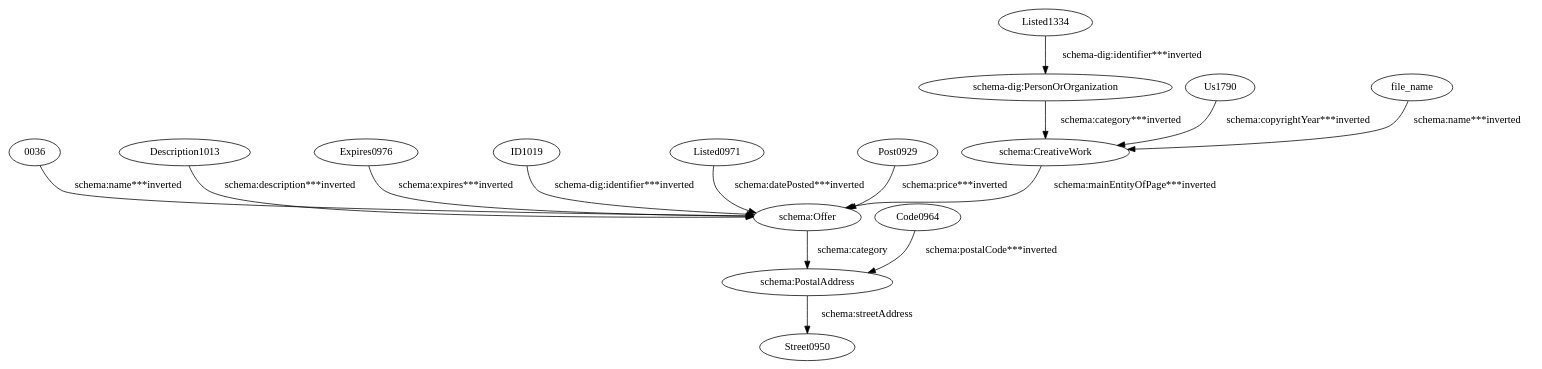
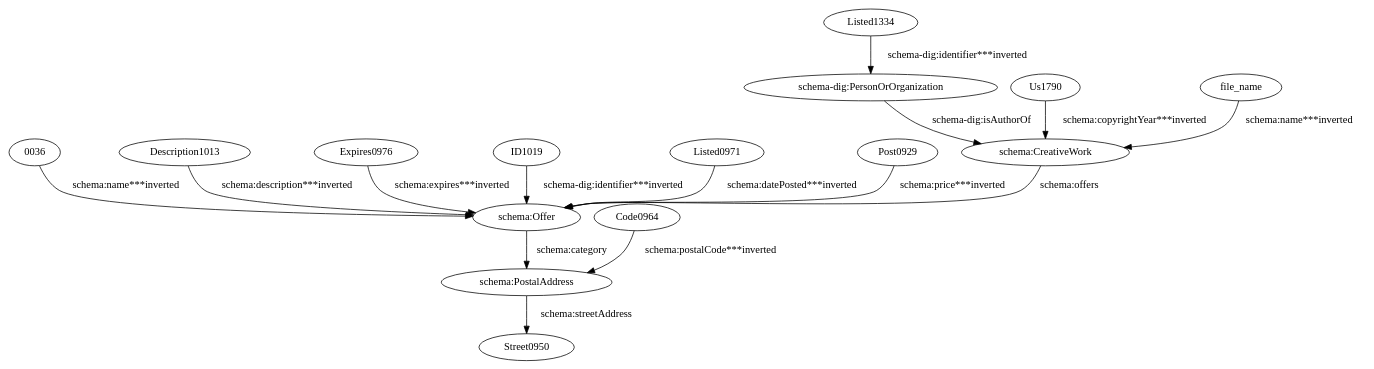
Before and after one commit to giuseppefutia/semi: the diagram in evaluation/taheriyan2016/task_04/semantic_models_steiner/dot/msguntrader.dot, drawn with Graphviz. The commit also changed 119 other files, not shown here.

```diff
--- a/evaluation/taheriyan2016/task_04/semantic_models_steiner/dot/msguntrader.dot
+++ b/evaluation/taheriyan2016/task_04/semantic_models_steiner/dot/msguntrader.dot
@@ -1,31 +1,31 @@
 digraph {
   "0036" [type=attribute_name,label="0036"]
   "schema:Offer1" [type=class_uri,label="schema:Offer"]
   Code0964 [type=attribute_name,label=Code0964]
   "schema:PostalAddress1" [type=class_uri,label="schema:PostalAddress"]
   Description1013 [type=attribute_name,label=Description1013]
   Expires0976 [type=attribute_name,label=Expires0976]
   ID1019 [type=attribute_name,label=ID1019]
   Listed0971 [type=attribute_name,label=Listed0971]
   Listed1334 [type=attribute_name,label=Listed1334]
   "schema-dig:PersonOrOrganization1" [type=class_uri,label="schema-dig:PersonOrOrganization"]
   Post0929 [type=attribute_name,label=Post0929]
   Us1790 [type=attribute_name,label=Us1790]
   "schema:CreativeWork1" [type=class_uri,label="schema:CreativeWork"]
   file_name [type=attribute_name,label=file_name]
   Street0950 [type=attribute_name,label=Street0950]
   "0036" -> "schema:Offer1" [type=st_property_uri,label="schema:name***inverted",weight=1]
   Code0964 -> "schema:PostalAddress1" [type=st_property_uri,label="schema:postalCode***inverted",weight=1]
   Description1013 -> "schema:Offer1" [type=st_property_uri,label="schema:description***inverted",weight=1]
   Expires0976 -> "schema:Offer1" [type=st_property_uri,label="schema:expires***inverted",weight=1]
   ID1019 -> "schema:Offer1" [type=st_property_uri,label="schema-dig:identifier***inverted",weight=1]
   Listed0971 -> "schema:Offer1" [type=st_property_uri,label="schema:datePosted***inverted",weight=1]
   Listed1334 -> "schema-dig:PersonOrOrganization1" [type=st_property_uri,label="schema-dig:identifier***inverted",weight=1]
   Post0929 -> "schema:Offer1" [type=st_property_uri,label="schema:price***inverted",weight=1]
   Us1790 -> "schema:CreativeWork1" [type=st_property_uri,label="schema:copyrightYear***inverted",weight=1]
   file_name -> "schema:CreativeWork1" [type=st_property_uri,label="schema:name***inverted",weight=1]
-  "schema-dig:PersonOrOrganization1" -> "schema:CreativeWork1" [type=inherited,label="schema:category***inverted",weight=4]
-  "schema:CreativeWork1" -> "schema:Offer1" [type=inherited,label="schema:mainEntityOfPage***inverted",weight=4]
+  "schema-dig:PersonOrOrganization1" -> "schema:CreativeWork1" [label="schema-dig:isAuthorOf",type=direct_property_uri,weight=1]
+  "schema:CreativeWork1" -> "schema:Offer1" [label="schema:offers",type=direct_property_uri,weight=1]
   "schema:Offer1" -> "schema:PostalAddress1" [label="schema:category",type=inherited,weight=4]
   "schema:PostalAddress1" -> Street0950 [label="schema:streetAddress",type=st_property_uri]
 }
```
